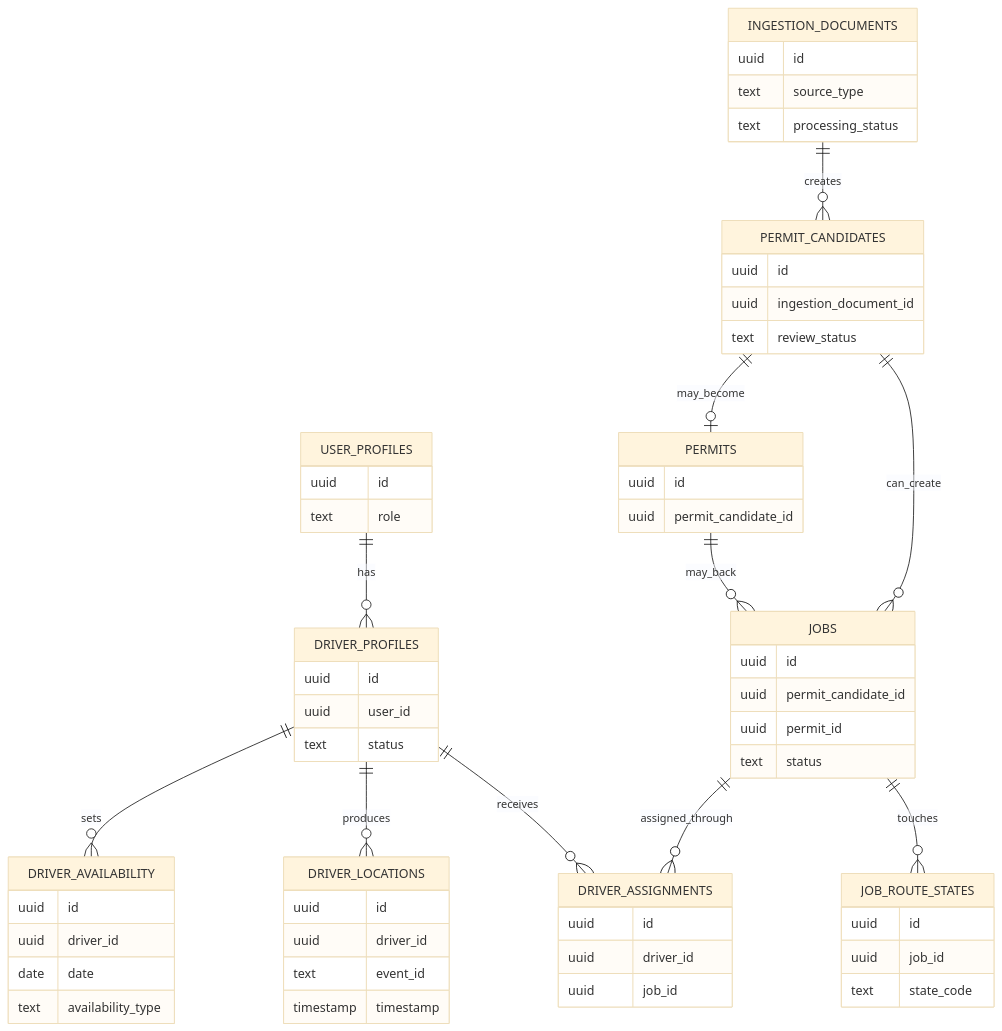
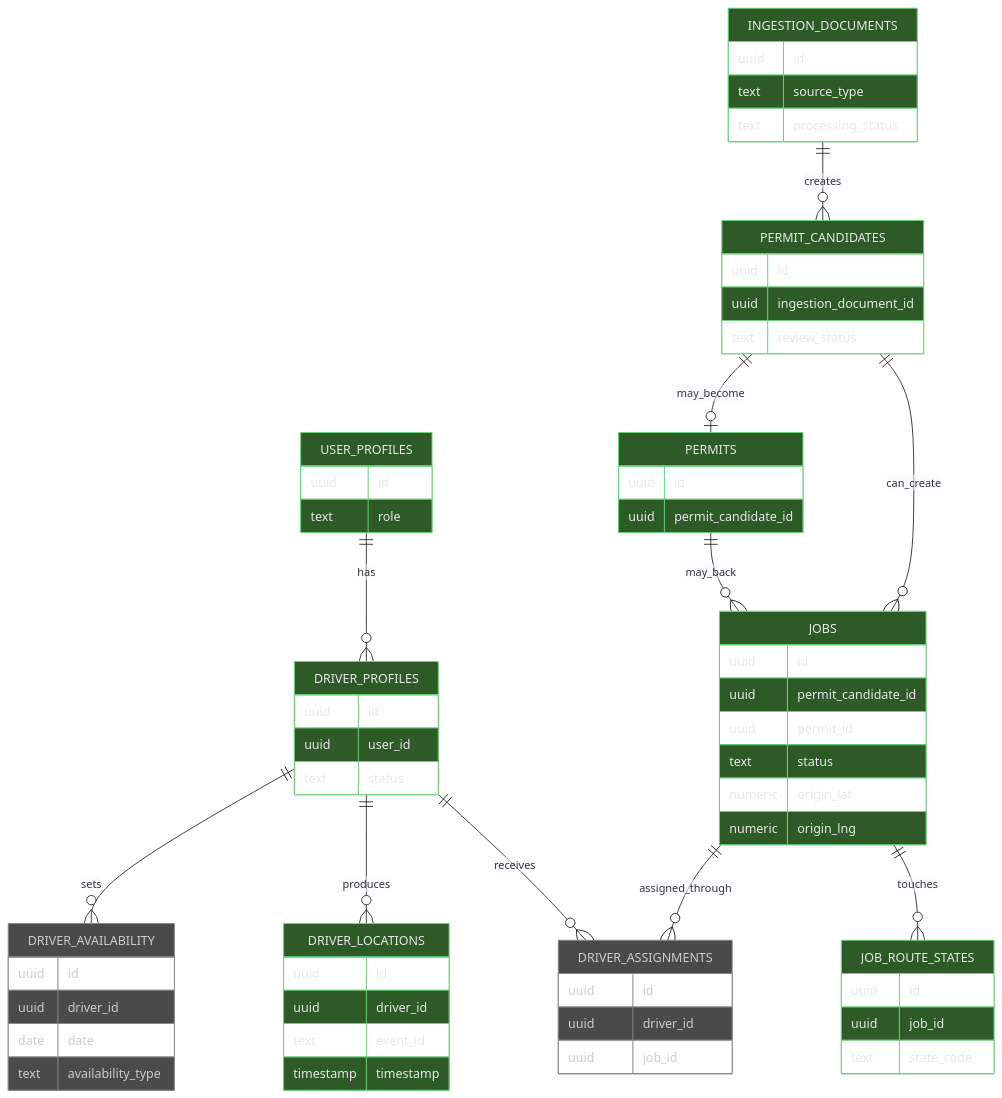
One commit to AlexGuruz/gigatt-geomapper changed diagram 14 of 24 in plan.md. Above: the diagram before and after it, drawn with Mermaid (base theme). The commit also changed other lines of this file and 52 other files, not shown here.

````diff
--- a/plan.md
+++ b/plan.md
@@ -391,65 +412,72 @@
 ```mermaid
 erDiagram
     USER_PROFILES ||--o{ DRIVER_PROFILES : has
     DRIVER_PROFILES ||--o{ DRIVER_AVAILABILITY : sets
     DRIVER_PROFILES ||--o{ DRIVER_LOCATIONS : produces
     DRIVER_PROFILES ||--o{ DRIVER_ASSIGNMENTS : receives
     JOBS ||--o{ DRIVER_ASSIGNMENTS : assigned_through
     INGESTION_DOCUMENTS ||--o{ PERMIT_CANDIDATES : creates
     PERMIT_CANDIDATES ||--o| PERMITS : may_become
     PERMIT_CANDIDATES ||--o{ JOBS : can_create
     PERMITS ||--o{ JOBS : may_back
     JOBS ||--o{ JOB_ROUTE_STATES : touches
 
     USER_PROFILES {
       uuid id
       text role
     }
     DRIVER_PROFILES {
       uuid id
       uuid user_id
       text status
     }
     DRIVER_AVAILABILITY {
       uuid id
       uuid driver_id
       date date
       text availability_type
     }
     DRIVER_LOCATIONS {
       uuid id
       uuid driver_id
       text event_id
       timestamp timestamp
     }
     INGESTION_DOCUMENTS {
       uuid id
       text source_type
       text processing_status
     }
     PERMIT_CANDIDATES {
       uuid id
       uuid ingestion_document_id
       text review_status
     }
     PERMITS {
       uuid id
       uuid permit_candidate_id
     }
     JOBS {
       uuid id
       uuid permit_candidate_id
       uuid permit_id
       text status
+      numeric origin_lat
+      numeric origin_lng
     }
     DRIVER_ASSIGNMENTS {
       uuid id
       uuid driver_id
       uuid job_id
     }
     JOB_ROUTE_STATES {
       uuid id
       uuid job_id
       text state_code
     }
+
+    classDef built fill:#2d5a27,stroke:#6bcf7c,color:#e8e8e8
+    classDef unbuilt fill:#4a4a4a,stroke:#888,color:#ccc
+    class USER_PROFILES,DRIVER_PROFILES,INGESTION_DOCUMENTS,PERMIT_CANDIDATES,PERMITS,JOBS,JOB_ROUTE_STATES,DRIVER_LOCATIONS built
+    class DRIVER_AVAILABILITY,DRIVER_ASSIGNMENTS unbuilt
 ```
````
